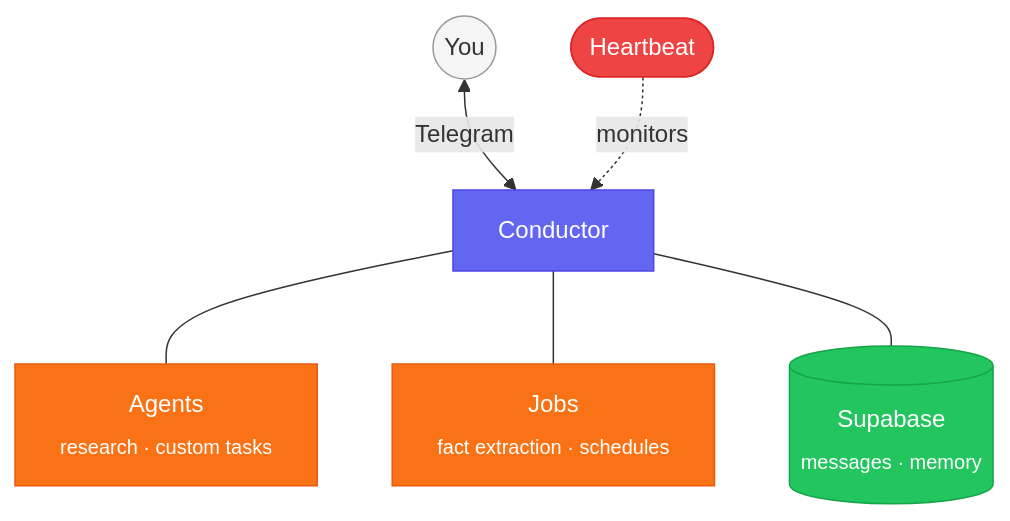
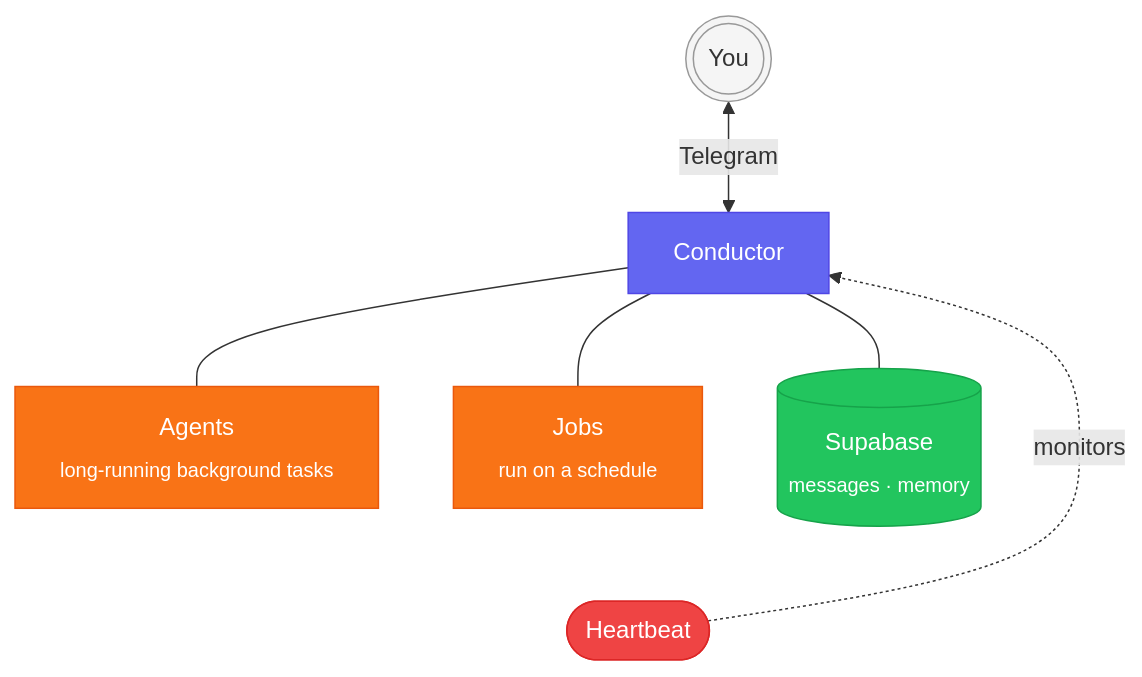
The diagram in README.md (daydemir/muavin), drawn with Mermaid before and after one commit. The commit also changed other lines of this file, not shown here.

Commit message:
Fix README title and improve architecture diagram
Replace broken ASCII art with clean h1 tag. Improve diagram: bigger You
node, clearer descriptions (agents: long-running background tasks, jobs:
run on a schedule), Heartbeat pinned to bottom row, padded edge labels.

````diff
--- a/README.md
+++ b/README.md
@@ -30,17 +25,18 @@
 ```mermaid
 flowchart TD
-    You((You)) <-->|Telegram| Conductor
+    You((("  You  "))) <-->|"  Telegram  "| Conductor["Conductor"]
 
-    Conductor --- Agents["Agents<br/><sub>research · custom tasks</sub>"]
-    Conductor --- Jobs["Jobs<br/><sub>fact extraction · schedules</sub>"]
+    Conductor --- Agents["Agents<br/><sub>long-running background tasks</sub>"]
+    Conductor --- Jobs["Jobs<br/><sub>run on a schedule</sub>"]
     Conductor --- Supabase[("Supabase<br/><sub>messages · memory</sub>")]
 
-    Heartbeat(["Heartbeat"]) -.->|monitors| Conductor
+    Heartbeat(["Heartbeat"]) -."  monitors  ".-> Conductor
+    Agents ~~~ Heartbeat
 
     style You fill:#f5f5f5,stroke:#999,color:#333
     style Conductor fill:#6366f1,stroke:#4f46e5,color:#fff
     style Agents fill:#f97316,stroke:#ea580c,color:#fff
     style Jobs fill:#f97316,stroke:#ea580c,color:#fff
     style Supabase fill:#22c55e,stroke:#16a34a,color:#fff
     style Heartbeat fill:#ef4444,stroke:#dc2626,color:#fff
 ```
````
